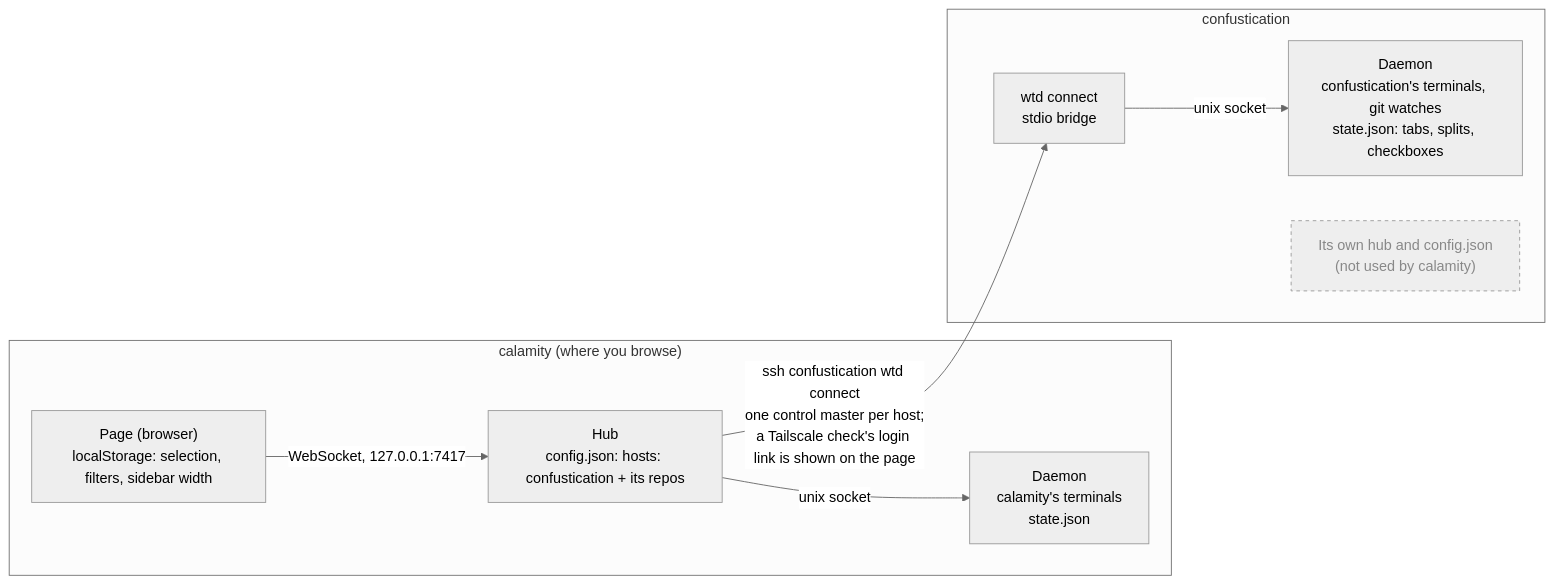
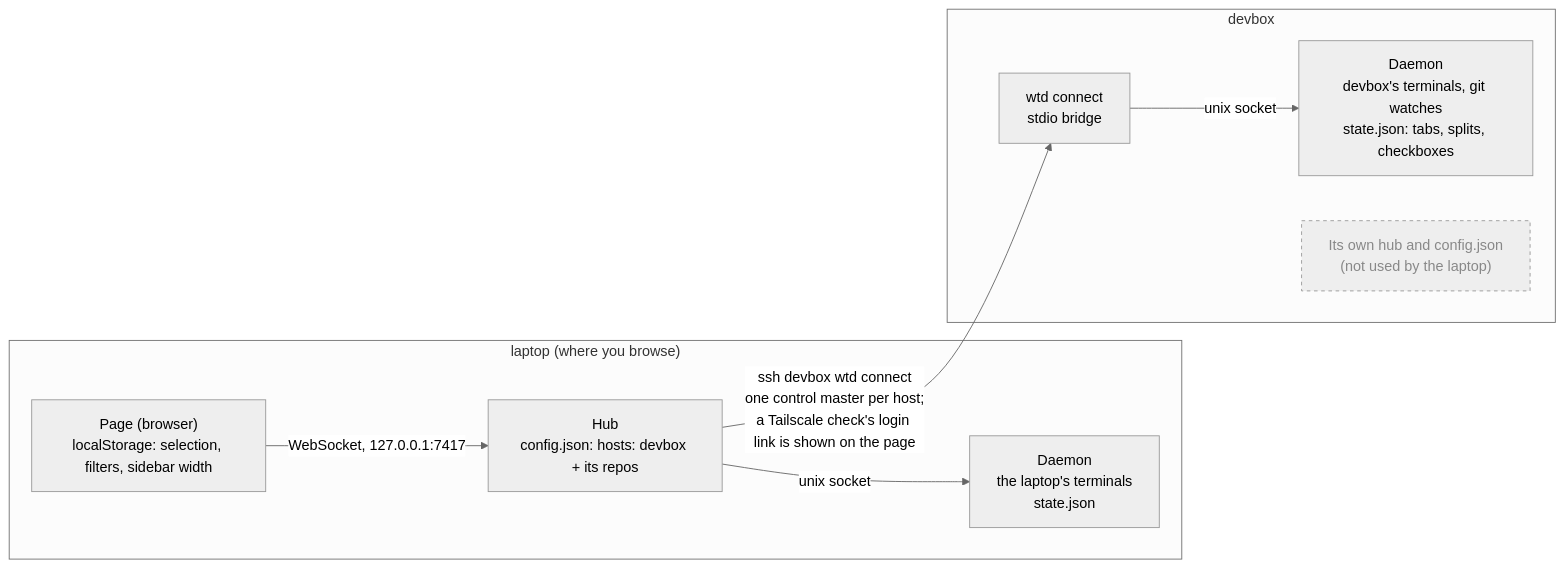
The second of 2 diagrams in README.md (MotleyAI/worktree-term), drawn with Mermaid (neutral theme) before and after one commit. The commit also changed other lines of this file, not shown here.

Commit message:
Use generic host names in the README architecture diagrams

````diff
--- a/README.md
+++ b/README.md
@@ -43,19 +43,19 @@
 ```mermaid
 flowchart LR
-  subgraph calamity["calamity (where you browse)"]
+  subgraph laptop["laptop (where you browse)"]
     page["Page (browser)<br/>localStorage: selection, filters, sidebar width"]
-    hub["Hub<br/>config.json: hosts: confustication + its repos"]
-    localDaemon["Daemon<br/>calamity's terminals<br/>state.json"]
+    hub["Hub<br/>config.json: hosts: devbox + its repos"]
+    localDaemon["Daemon<br/>the laptop's terminals<br/>state.json"]
     page -- "WebSocket, 127.0.0.1:7417" --> hub
     hub -- "unix socket" --> localDaemon
   end
-  subgraph confustication["confustication"]
+  subgraph devbox["devbox"]
     connect["wtd connect<br/>stdio bridge"]
-    remoteDaemon["Daemon<br/>confustication's terminals, git watches<br/>state.json: tabs, splits, checkboxes"]
-    otherHub["Its own hub and config.json<br/>(not used by calamity)"]
+    remoteDaemon["Daemon<br/>devbox's terminals, git watches<br/>state.json: tabs, splits, checkboxes"]
+    otherHub["Its own hub and config.json<br/>(not used by the laptop)"]
     connect -- "unix socket" --> remoteDaemon
   end
-  hub -- "ssh confustication wtd connect<br/>one control master per host;<br/>a Tailscale check's login link is shown on the page" --> connect
+  hub -- "ssh devbox wtd connect<br/>one control master per host;<br/>a Tailscale check's login link is shown on the page" --> connect
   classDef unused stroke-dasharray: 4 4,color:#888;
   class otherHub unused;
 ```
````
